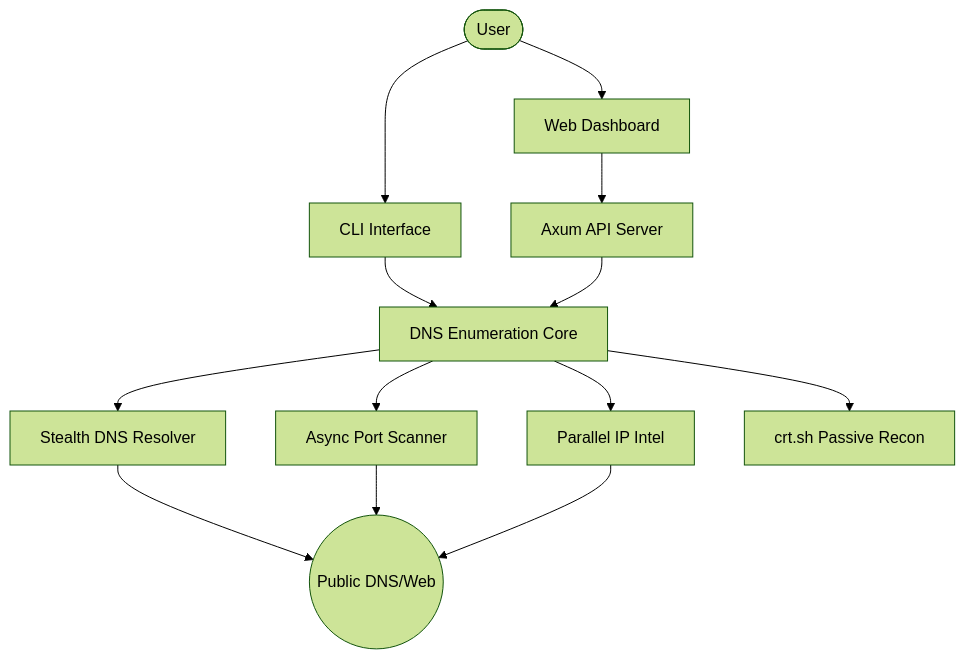
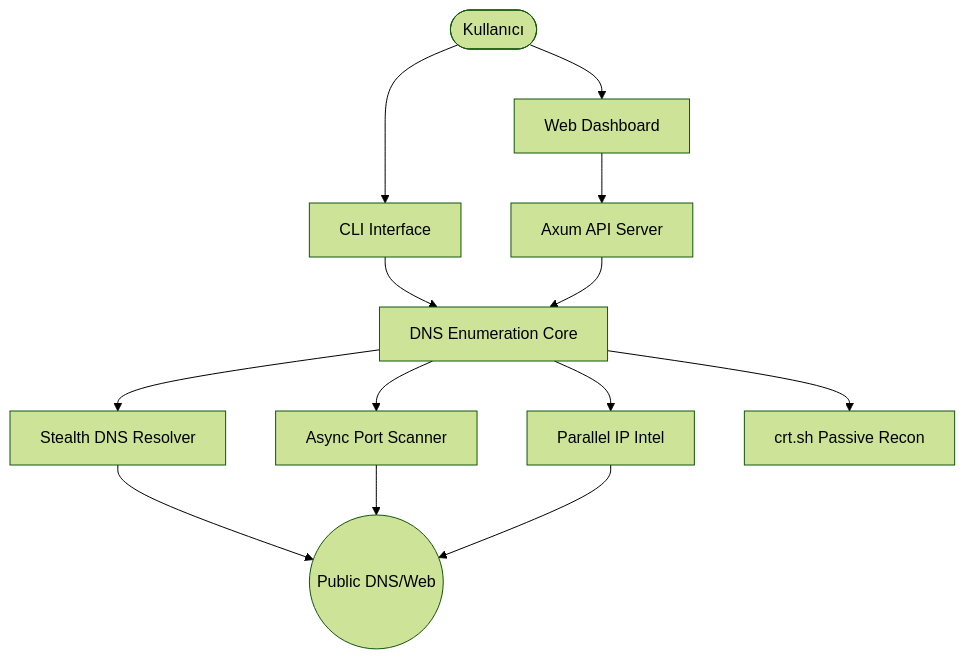
One commit to mahmutcirka/ISU-SecOps-Engine changed the diagram in README.md. Above: the diagram before and after it, drawn with Mermaid (forest theme). The commit also changed other lines of this file and 7 other files, not shown here.

````diff
--- a/README.md
+++ b/README.md
@@ -39,15 +54,15 @@
 ```mermaid
 graph TD
-    User([User]) --> CLI[CLI Interface]
+    User([Kullanıcı]) --> CLI[CLI Interface]
     User --> WEB[Web Dashboard]
     WEB --> API[Axum API Server]
     CLI --> CORE[DNS Enumeration Core]
     API --> CORE
     CORE --> DNS[Stealth DNS Resolver]
     CORE --> SCAN[Async Port Scanner]
     CORE --> INTEL[Parallel IP Intel]
     CORE --> OSINT[crt.sh Passive Recon]
     DNS --> Internet((Public DNS/Web))
     SCAN --> Internet
     INTEL --> Internet
 ```
````
